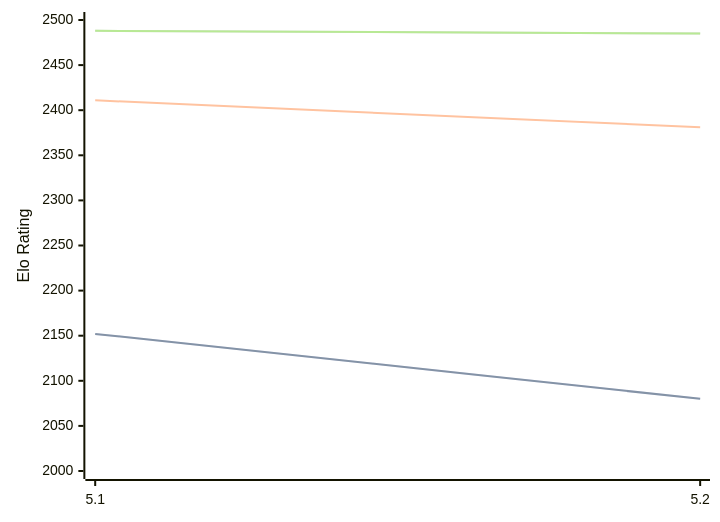
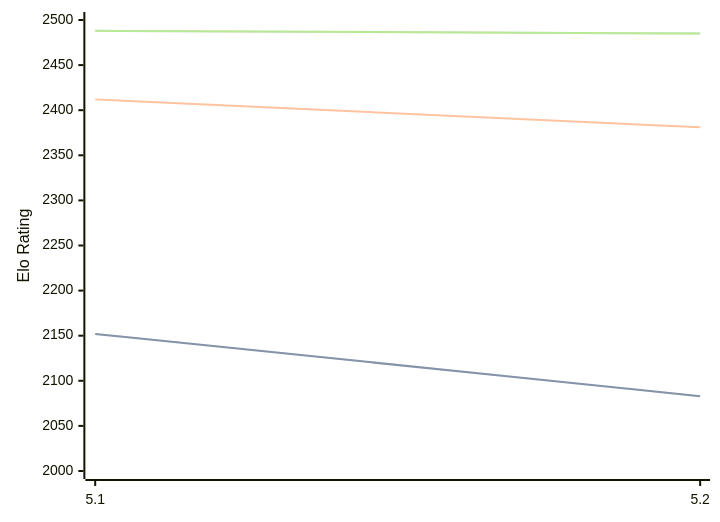
One commit to computer-chess-index/cci changed the third of 3 diagrams in engines/Prophet.md. Above: the diagram before and after it, drawn with Mermaid. The commit also changed other lines of this file, not shown here.

````diff
--- a/engines/Prophet.md
+++ b/engines/Prophet.md
@@ -71,11 +71,11 @@
 ```mermaid
 %%{init: {"theme":"base","themeVariables":{"seriesColors:['#a3a3a3','#222221','#faa371']}}}%%
 xychart-beta
   x-axis ["5.1", "5.2"]
   y-axis "Elo Rating" 2000 --> 2500
-  line "STC (8.0+0.08s)" [2152, 2080]
-  line "STC (8.0+0.08s)" [2152, 2080]
-  line "LTC (60.0+0.60s)" [2411, 2381]
+  line "STC (8.0+0.08s)" [2152, 2083]
+  line "STC (8.0+0.08s)" [2152, 2083]
+  line "LTC (60.0+0.60s)" [2412, 2381]
   line "VLTC (2m24s+1.12s)" [2488, 2485]
   line "VLTC (2m24s+1.12s)" [2488, 2485]
 ```
````
